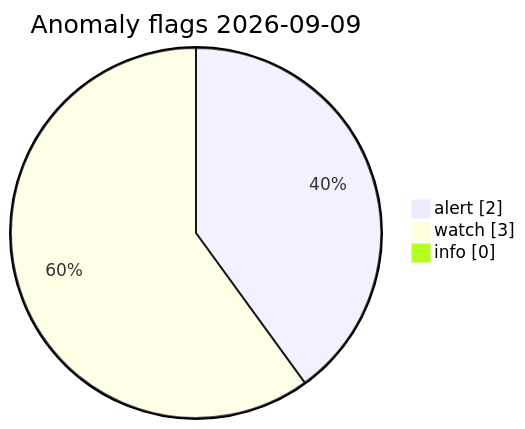
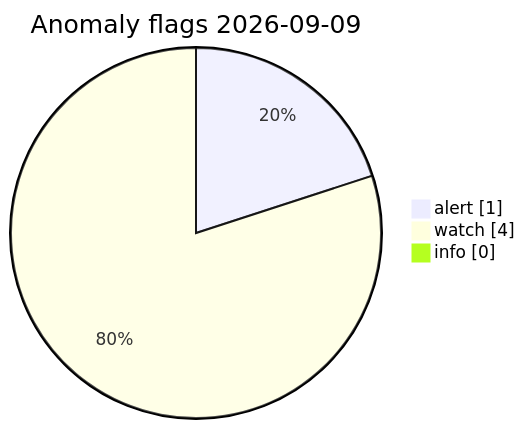
Before and after one commit to Midwest-Stratospheric/Unified-Open-Global-Weather: the diagram in visuals/latest/CHARTS.md, drawn with Mermaid. The commit also changed other lines of this file and 11 other files, not shown here.

Commit message:
data(visuals): automated charts 2026-09-09T13:49Z

````diff
--- a/visuals/latest/CHARTS.md
+++ b/visuals/latest/CHARTS.md
@@ -73,7 +73,7 @@
 ```mermaid
 pie showData
   title Anomaly flags 2026-09-09
-  "alert" : 2
-  "watch" : 3
+  "alert" : 1
+  "watch" : 4
   "info" : 0
 ```
````
